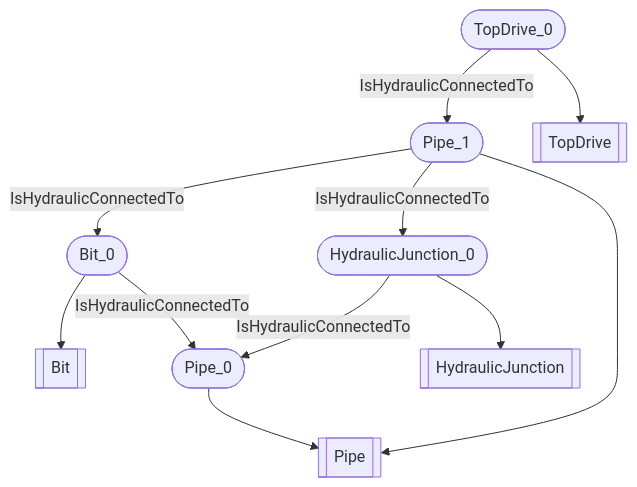
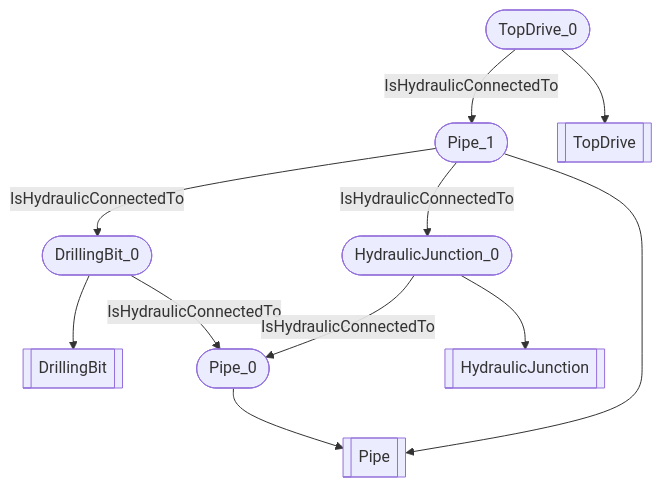
The diagram in docs/vocabulary_development/examples/Sub-Surface Hydraulic Circuit.md (D-WIS/DDHub-Semantic-Interoperability), drawn with Mermaid before and after one commit. The commit also changed other lines of this file and 28 other files, not shown here.

````diff
--- a/docs/vocabulary_development/examples/Sub-Surface Hydraulic Circuit.md
+++ b/docs/vocabulary_development/examples/Sub-Surface Hydraulic Circuit.md
@@ -12,13 +12,13 @@
 ```mermaid
 flowchart TD
-	Bit_0([Bit_0]) --> Bit[[Bit]]
+	DrillingBit_0([DrillingBit_0]) --> DrillingBit[[DrillingBit]]
 	Pipe_0([Pipe_0]) --> Pipe[[Pipe]]
 	Pipe_1([Pipe_1]) --> Pipe[[Pipe]]
 	HydraulicJunction_0([HydraulicJunction_0]) --> HydraulicJunction[[HydraulicJunction]]
 	TopDrive_0([TopDrive_0]) --> TopDrive[[TopDrive]]
-	 Bit_0 -- IsHydraulicConnectedTo --> Pipe_0 
-	 Pipe_1 -- IsHydraulicConnectedTo --> Bit_0 
+	 DrillingBit_0 -- IsHydraulicConnectedTo --> Pipe_0 
+	 Pipe_1 -- IsHydraulicConnectedTo --> DrillingBit_0 
 	 Pipe_1 -- IsHydraulicConnectedTo --> HydraulicJunction_0 
 	 TopDrive_0 -- IsHydraulicConnectedTo --> Pipe_1 
 	 HydraulicJunction_0 -- IsHydraulicConnectedTo --> Pipe_0 
 ```
````
